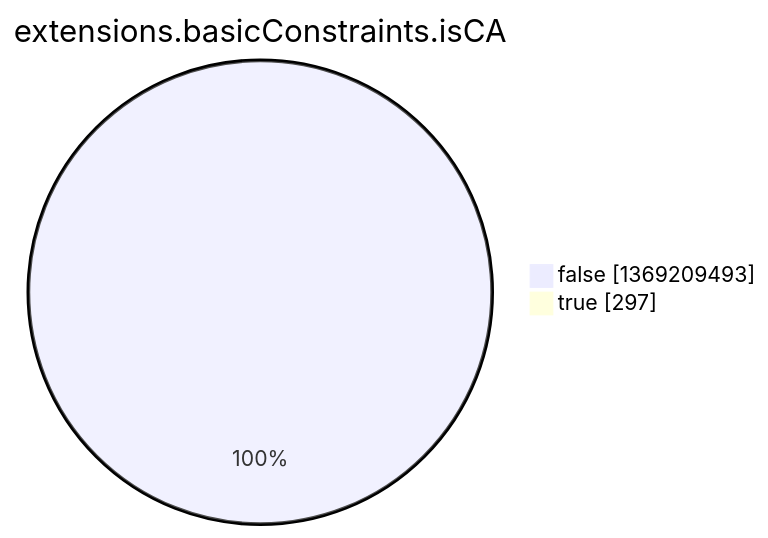
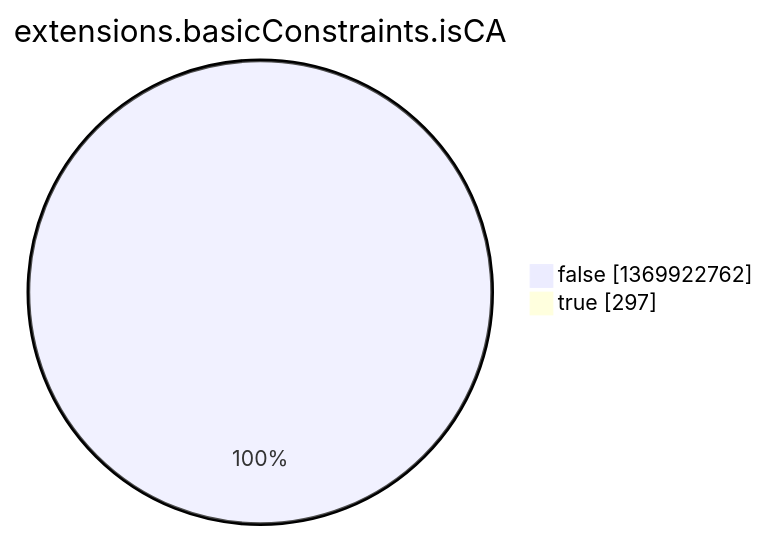
Before and after one commit to christiankrug/ctmonitor_visualization: the eighth of 15 diagrams in argon2022/README.md, drawn with Mermaid. The commit also changed other lines of this file, not shown here.

````diff
--- a/argon2022/README.md
+++ b/argon2022/README.md
@@ -2759,6 +2759,6 @@
 ```mermaid
 pie showData
 title extensions.basicConstraints.isCA
-"false" :1369209493
+"false" :1369922762
 "true" :297
 ```
````
